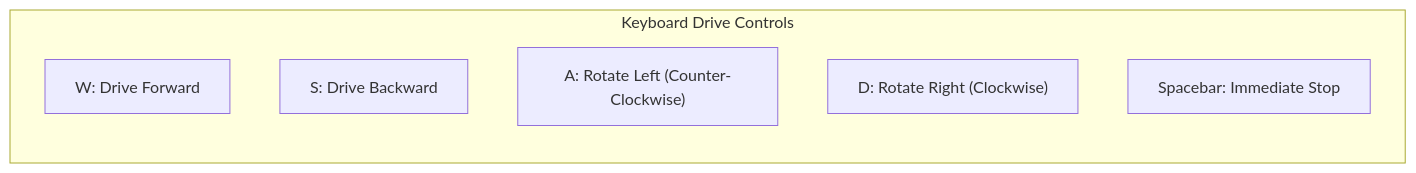
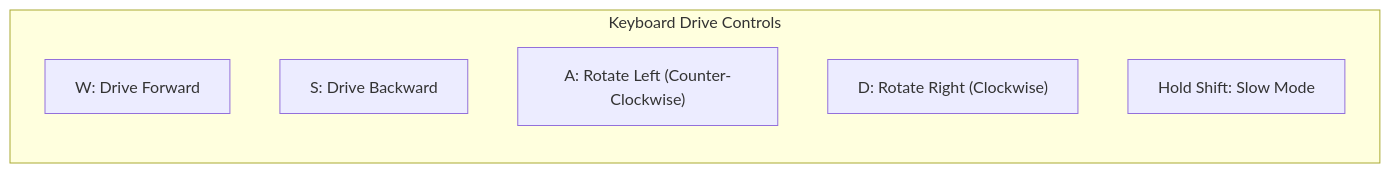
One commit to itbdelaboprogramming/msd700_documentation changed the third of 4 diagrams in docs/user-guide/quick-start.md. Above: the diagram before and after it, drawn with Mermaid. The commit also changed other lines of this file and 32 other files, not shown here.

````diff
--- a/docs/user-guide/quick-start.md
+++ b/docs/user-guide/quick-start.md
@@ -81,10 +81,10 @@
 ```mermaid
 flowchart LR
   subgraph KeyboardControls["Keyboard Drive Controls"]
     W["W: Drive Forward"]
     S["S: Drive Backward"]
     A["A: Rotate Left (Counter-Clockwise)"]
     D["D: Rotate Right (Clockwise)"]
-    SPACE["Spacebar: Immediate Stop"]
+    SHIFT["Hold Shift: Slow Mode"]
   end
 ```
````
